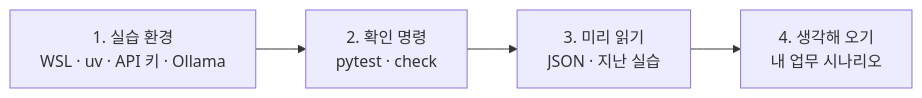
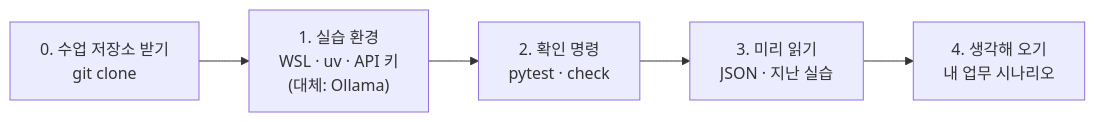
One commit to haedeuncha/aio-01d4-stu changed the first of 2 diagrams in Lecture/64/00-DAY64-PREP.md. Above: the diagram before and after it, drawn with Mermaid. The commit also changed other lines of this file, not shown here.

````diff
--- a/Lecture/64/00-DAY64-PREP.md
+++ b/Lecture/64/00-DAY64-PREP.md
@@ -7,6 +7,7 @@
 ```mermaid
 flowchart LR
-  A["1. 실습 환경<br/>WSL · uv · API 키 · Ollama"] --> B["2. 확인 명령<br/>pytest · check"]
+  Z["0. 수업 저장소 받기<br/>git clone"] --> A
+  A["1. 실습 환경<br/>WSL · uv · API 키<br/>(대체: Ollama)"] --> B["2. 확인 명령<br/>pytest · check"]
   B --> C["3. 미리 읽기<br/>JSON · 지난 실습"]
   C --> D["4. 생각해 오기<br/>내 업무 시나리오"]
 ```
````
